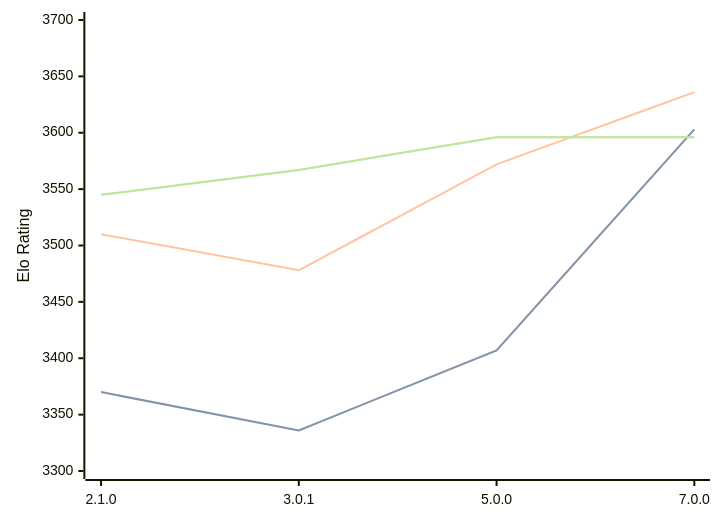
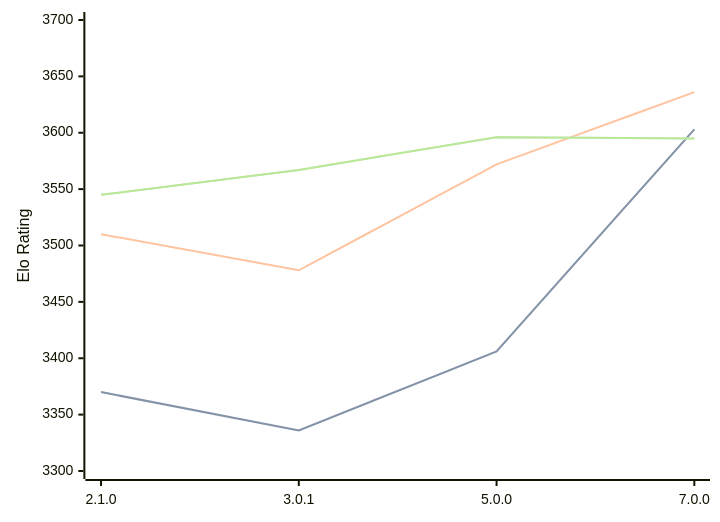
One commit to computer-chess-index/cci changed the diagram in engines/PlentyChess.md. Above: the diagram before and after it, drawn with Mermaid. The commit also changed other lines of this file, not shown here.

Commit message:
Update CCI Ratings (ELO VLTC) - 2026-03-06

````diff
--- a/engines/PlentyChess.md
+++ b/engines/PlentyChess.md
@@ -43,11 +43,11 @@
 ```mermaid
 %%{init: {"theme":"base","themeVariables":{"seriesColors:['#a3a3a3','#222221','#faa371']}}}%%
 xychart-beta
   x-axis ["2.1.0", "3.0.1", "5.0.0", "7.0.0"]
   y-axis "Elo Rating" 3300 --> 3700
-  line "STC (8.0+0.08s)" [3370, 3336, 3407, 3603]
-  line "STC (8.0+0.08s)" [3370, 3336, 3407, 3603]
+  line "STC (8.0+0.08s)" [3370, 3336, 3406, 3603]
+  line "STC (8.0+0.08s)" [3370, 3336, 3406, 3603]
   line "LTC (60.0+0.60s)" [3510, 3478, 3572, 3636]
-  line "VLTC (2m24s+1.12s)" [3545, 3567, 3596, 3596]
-  line "VLTC (2m24s+1.12s)" [3545, 3567, 3596, 3596]
+  line "VLTC (2m24s+1.12s)" [3545, 3567, 3596, 3595]
+  line "VLTC (2m24s+1.12s)" [3545, 3567, 3596, 3595]
 ```
````
